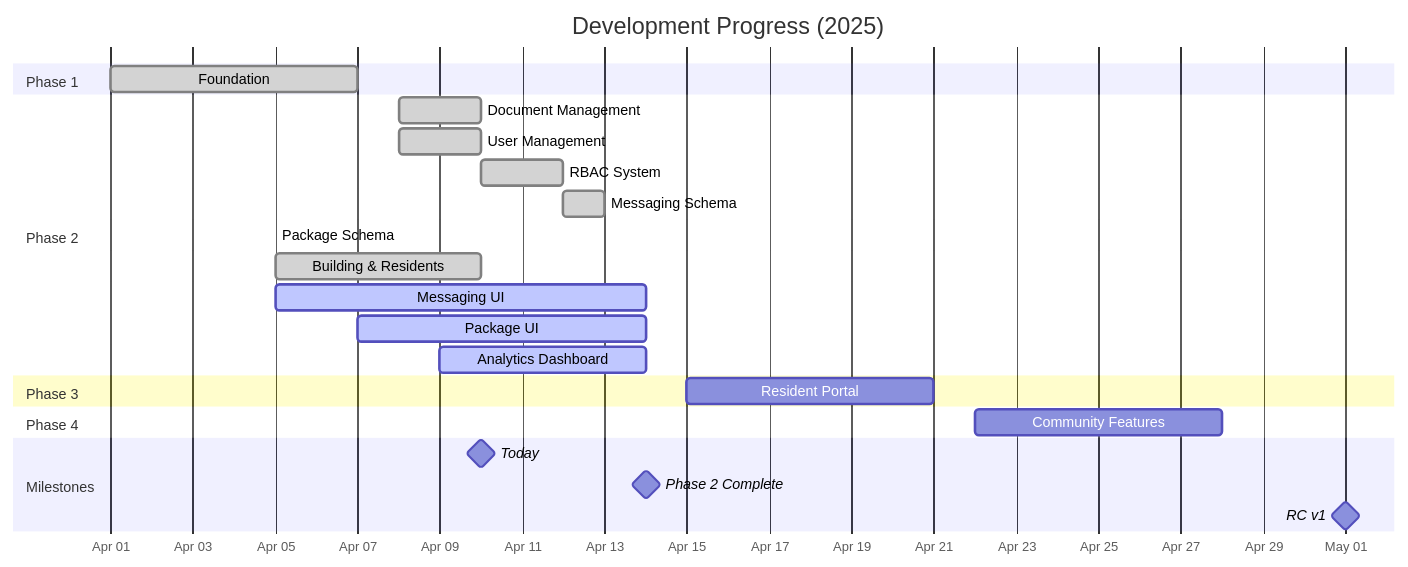
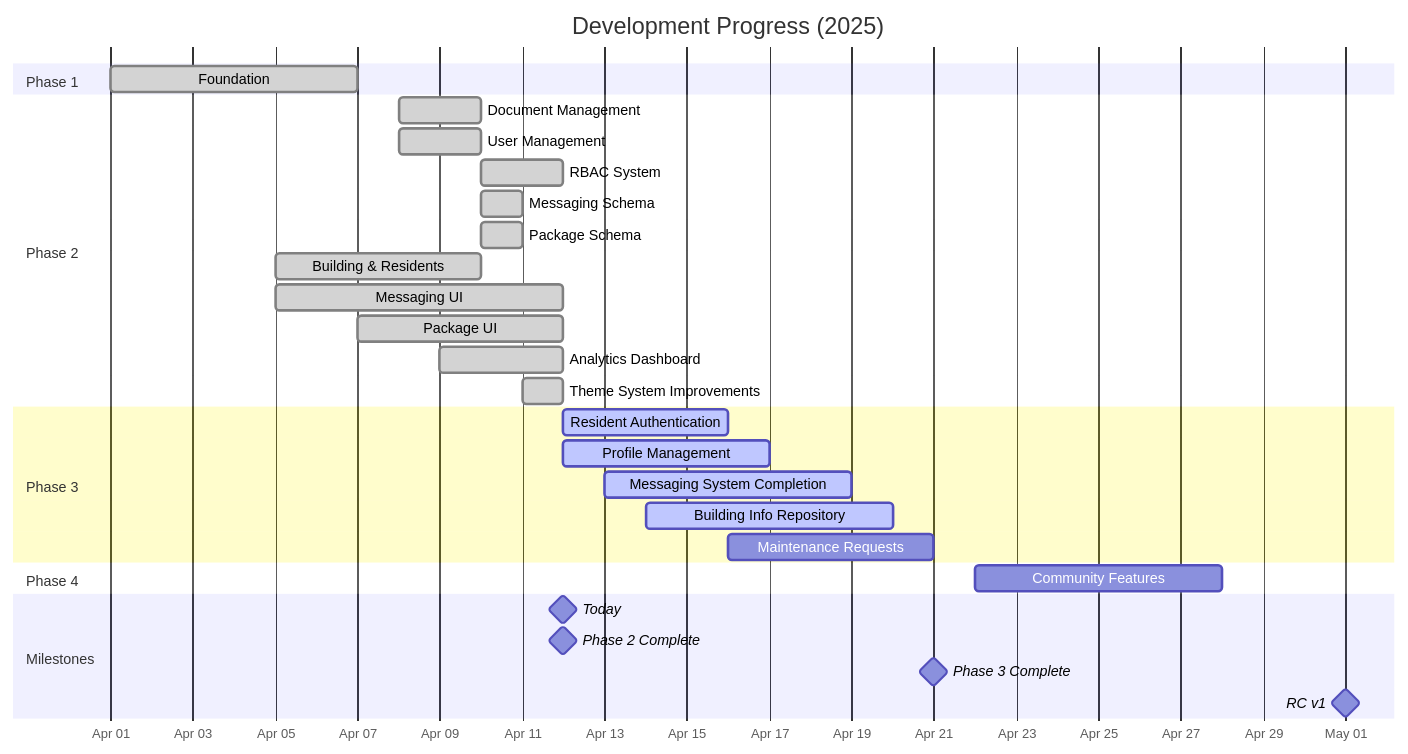
Before and after one commit to mrj0nesmtl/loftsdesarts: the diagram in docs/project-management/STATUS.md, drawn with Mermaid. The commit also changed other lines of this file and 38 other files, not shown here.

Commit message:
Complete Phase 2 documentation and project structure improvements

````diff
--- a/docs/project-management/STATUS.md
+++ b/docs/project-management/STATUS.md
@@ -156,32 +165,38 @@
 ```mermaid
 gantt
     title Development Progress (2025)
     dateFormat YYYY-MM-DD
     axisFormat %b %d
     todayMarker on
     
     section Phase 1
-    Foundation           :done, p1, 2025-04-01, 2025-04-07
+    Foundation                     :done, p1, 2025-04-01, 2025-04-07
     
     section Phase 2
-    Document Management  :done, dm, 2025-04-08, 2025-04-10
-    User Management      :done, um, 2025-04-08, 2025-04-10
-    RBAC System          :done, rbac, 2025-04-10, 2025-04-12
-    Messaging Schema     :done, ms, 2025-04-12, 2025-04-13
-    Package Schema       :done, ps, 2025-04-13, 2025-04-05
-    Building & Residents :done, br, 2025-04-05, 2025-04-10
-    Messaging UI         :active, mui, 2025-04-05, 2025-04-14
-    Package UI           :active, pui, 2025-04-07, 2025-04-14
-    Analytics Dashboard  :active, ad, 2025-04-09, 2025-04-14
+    Document Management            :done, dm, 2025-04-08, 2025-04-10
+    User Management                :done, um, 2025-04-08, 2025-04-10
+    RBAC System                    :done, rbac, 2025-04-10, 2025-04-12
+    Messaging Schema               :done, ms, 2025-04-10, 2025-04-11
+    Package Schema                 :done, ps, 2025-04-10, 2025-04-11
+    Building & Residents           :done, br, 2025-04-05, 2025-04-10
+    Messaging UI                   :done, mui, 2025-04-05, 2025-04-12
+    Package UI                     :done, pui, 2025-04-07, 2025-04-12
+    Analytics Dashboard            :done, ad, 2025-04-09, 2025-04-12
+    Theme System Improvements      :done, tsi, 2025-04-11, 2025-04-12
     
     section Phase 3
-    Resident Portal      :p3, 2025-04-15, 2025-04-21
+    Resident Authentication        :active, ra, 2025-04-12, 2025-04-16
+    Profile Management             :active, pm, 2025-04-12, 2025-04-17
+    Messaging System Completion    :active, msc, 2025-04-13, 2025-04-19
+    Building Info Repository       :active, bir, 2025-04-14, 2025-04-20
+    Maintenance Requests           :mr, 2025-04-16, 2025-04-21
     
     section Phase 4
-    Community Features   :p4, 2025-04-22, 2025-04-28
+    Community Features             :p4, 2025-04-22, 2025-04-28
     
     section Milestones
-    Today                :milestone, today, 2025-04-10, 0d
-    Phase 2 Complete     :milestone, m1, 2025-04-14, 0d
-    RC v1                :milestone, m2, 2025-05-01, 0d
+    Today                          :milestone, today, 2025-04-12, 0d
+    Phase 2 Complete               :milestone, m1, 2025-04-12, 0d
+    Phase 3 Complete               :milestone, m2, 2025-04-21, 0d
+    RC v1                          :milestone, m3, 2025-05-01, 0d
 ```
````
